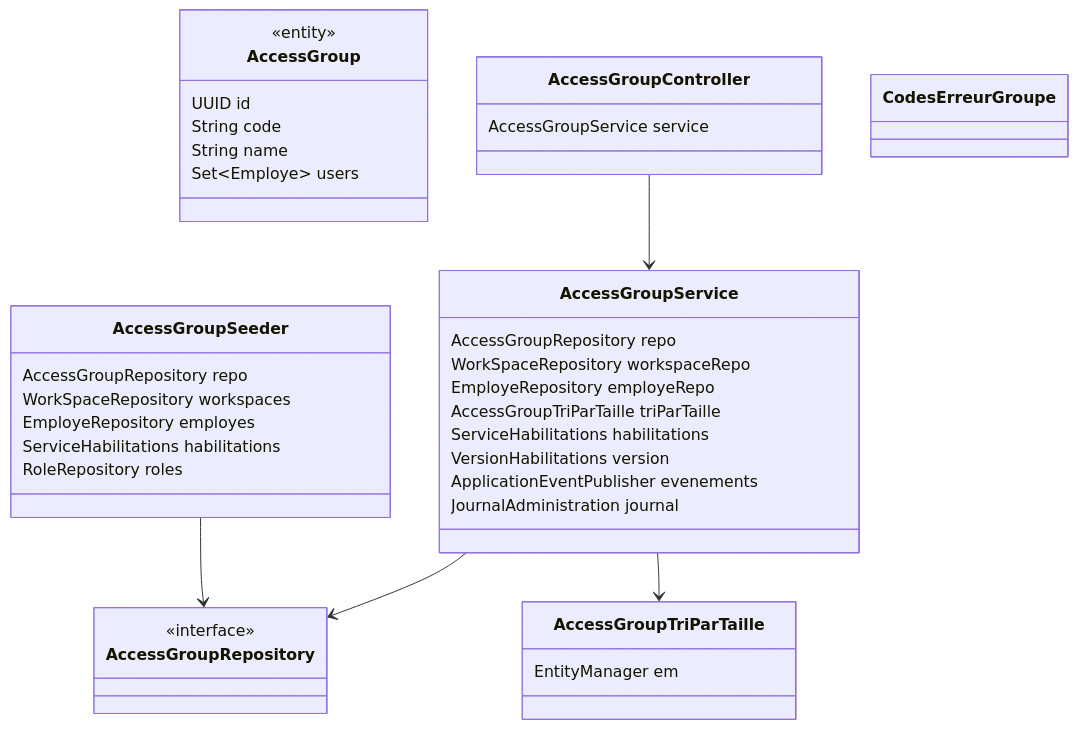
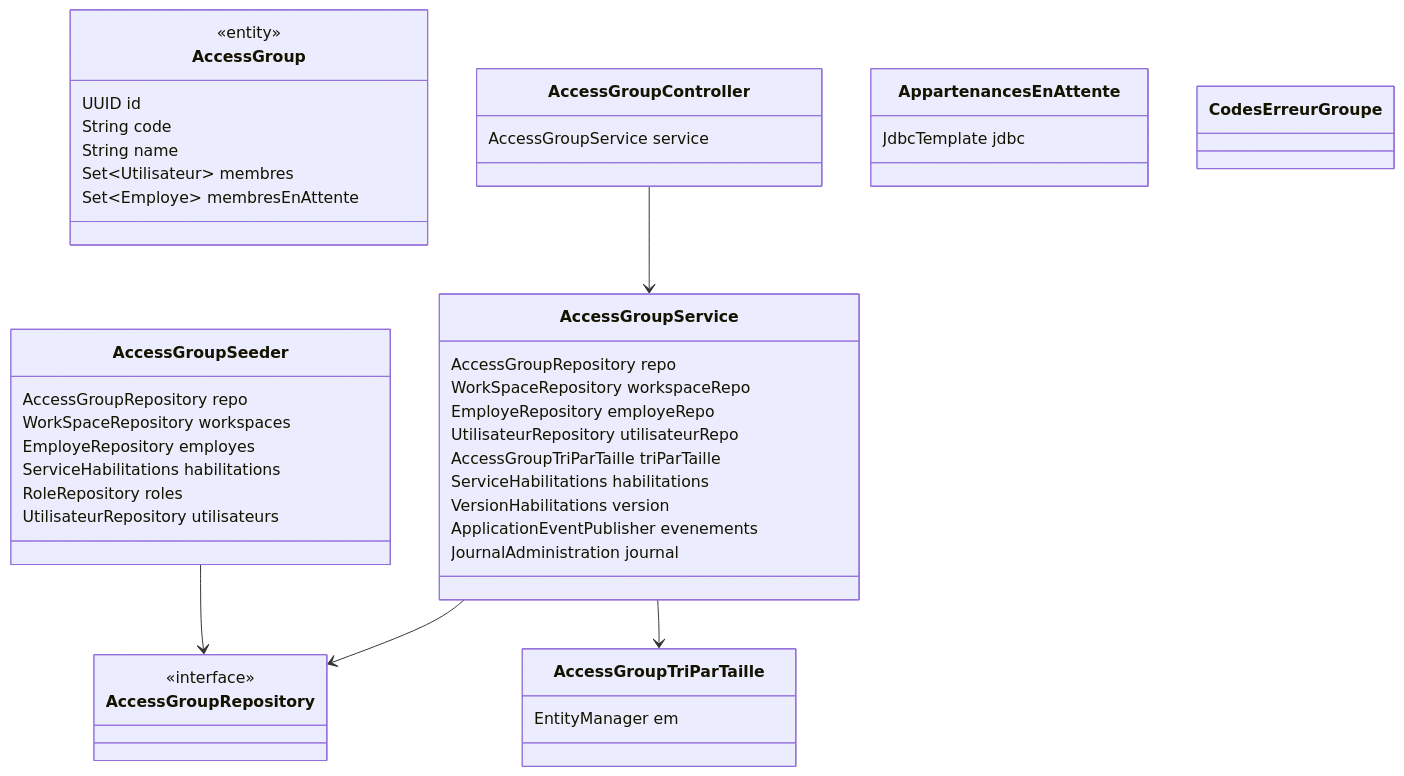
The fourth of 23 diagrams in docs/modelisation/CLASSES.md (abddou2000/GED), drawn with Mermaid before and after one commit. The commit also changed other lines of this file and 4 other files, not shown here.

````diff
--- a/docs/modelisation/CLASSES.md
+++ b/docs/modelisation/CLASSES.md
@@ -505,42 +528,48 @@
 ```mermaid
 classDiagram
   class AccessGroup {
     <<entity>>
     UUID id
     String code
     String name
-    Set~Employe~ users
+    Set~Utilisateur~ membres
+    Set~Employe~ membresEnAttente
   }
   class AccessGroupController {
     AccessGroupService service
   }
   class AccessGroupRepository {
     <<interface>>
   }
   class AccessGroupSeeder {
     AccessGroupRepository repo
     WorkSpaceRepository workspaces
     EmployeRepository employes
     ServiceHabilitations habilitations
     RoleRepository roles
+    UtilisateurRepository utilisateurs
   }
   class AccessGroupService {
     AccessGroupRepository repo
     WorkSpaceRepository workspaceRepo
     EmployeRepository employeRepo
+    UtilisateurRepository utilisateurRepo
     AccessGroupTriParTaille triParTaille
     ServiceHabilitations habilitations
     VersionHabilitations version
     ApplicationEventPublisher evenements
     JournalAdministration journal
   }
   class AccessGroupTriParTaille {
     EntityManager em
   }
+  class AppartenancesEnAttente {
+    JdbcTemplate jdbc
+  }
   class CodesErreurGroupe {
   }
   AccessGroupController --> AccessGroupService
   AccessGroupSeeder --> AccessGroupRepository
   AccessGroupService --> AccessGroupRepository
   AccessGroupService --> AccessGroupTriParTaille
 ```
````
